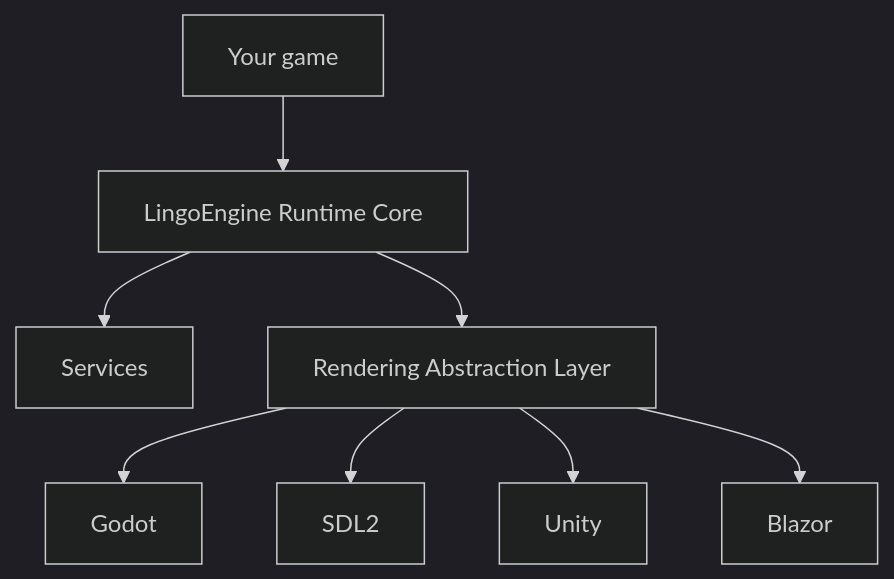
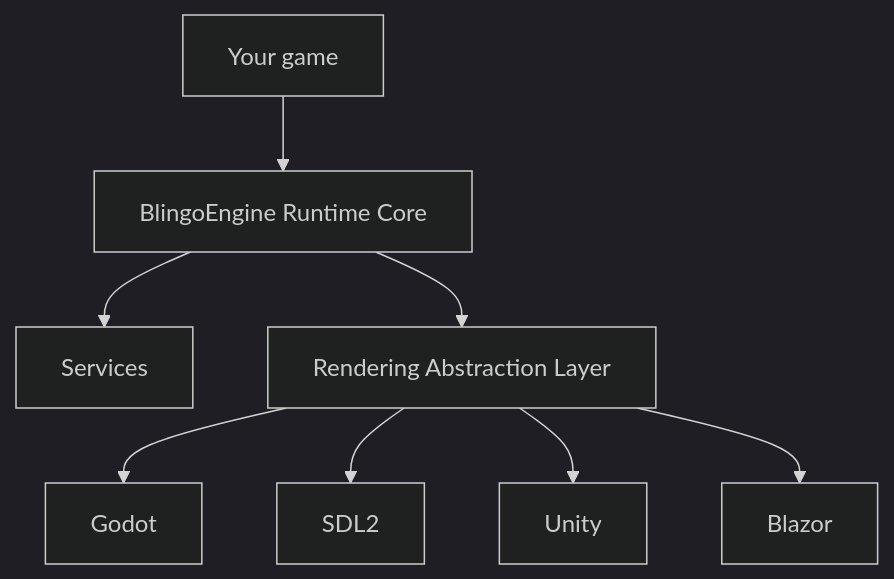
The diagram in README.md (EmmanuelTheCreator/BlingoEngine), drawn with Mermaid (dark theme) before and after one commit. The commit also changed other lines of this file and 2308 other files, not shown here.

````diff
--- a/README.md
+++ b/README.md
@@ -285,13 +285,13 @@
 ```mermaid
 graph TD
 
 %% Top-level flow
-A[Your game] --> B[LingoEngine Runtime Core]
+A[Your game] --> B[BlingoEngine Runtime Core]
 B --> C[Services]
 B --> D[Rendering Abstraction Layer]
 D --> E1[Godot]
 D --> E2[SDL2]
 D --> E3[Unity]
 D --> E4[Blazor]
 
 ```
````
